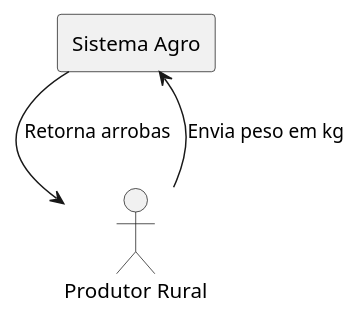
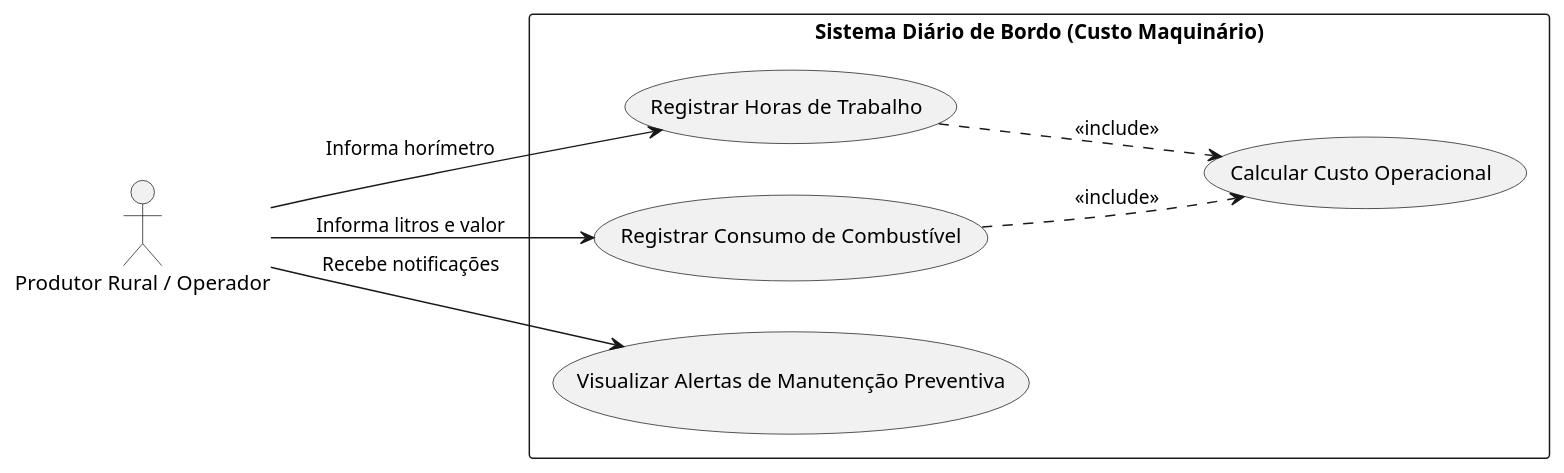
Before and after one commit to Vitorzk1/Diariobordocustomaquinario: the diagram in Contexto.puml, drawn with PlantUML.

Commit message:
UPD CONTEXTO

```diff
--- a/Contexto.puml
+++ b/Contexto.puml
@@ -1,11 +1,20 @@
 @startuml
+left to right direction
+skinparam packageStyle rectangle
 
-actor "Produtor Rural"
+actor "Produtor Rural / Operador" as user
 
-rectangle "Sistema Agro" {
+rectangle "Sistema Diário de Bordo (Custo Maquinário)" {
+  usecase "Registrar Horas de Trabalho" as UC1
+  usecase "Registrar Consumo de Combustível" as UC2
+  usecase "Visualizar Alertas de Manutenção Preventiva" as UC3
+  usecase "Calcular Custo Operacional" as UC4
 }
 
-"Produtor Rural" --> "Sistema Agro" : Envia peso em kg
-"Sistema Agro" --> "Produtor Rural" : Retorna arrobas
+user --> UC1 : Informa horímetro
+user --> UC2 : Informa litros e valor
+user --> UC3 : Recebe notificações
+UC1 ..> UC4 : <<include>>
+UC2 ..> UC4 : <<include>>
 
 @enduml
```
